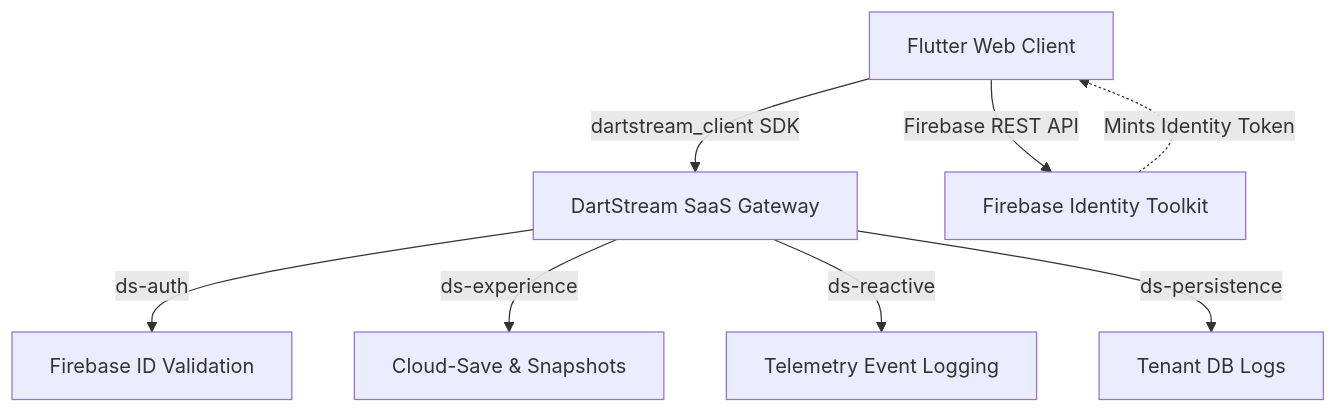
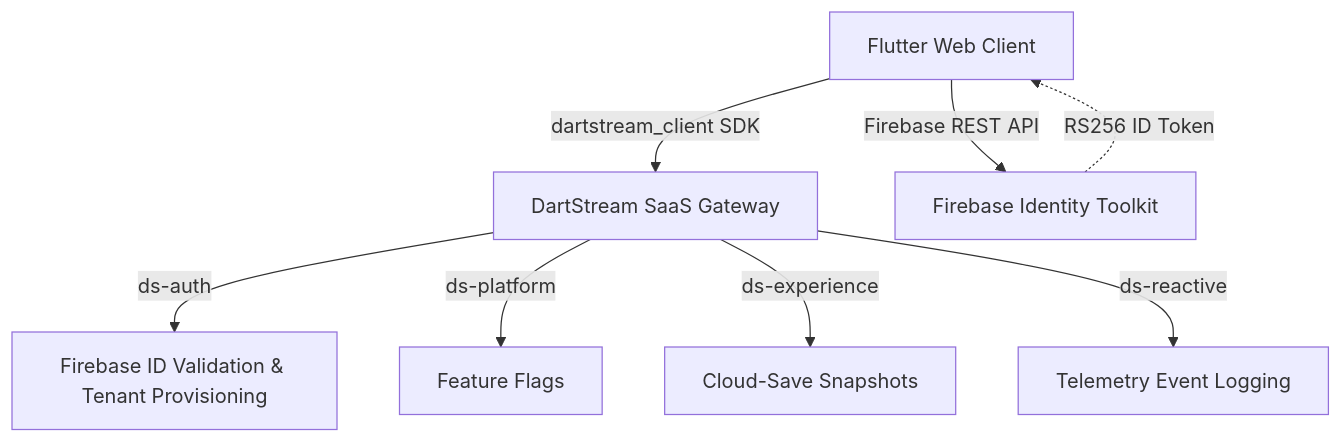
Before and after one commit to lalit-devda/zz-sleep-tracker: the first of 2 diagrams in README.md, drawn with Mermaid. The commit also changed other lines of this file and 3 other files, not shown here.

````diff
--- a/README.md
+++ b/README.md
@@ -11,10 +11,10 @@
 ```mermaid
 graph TD
     A[Flutter Web Client] -->|dartstream_client SDK| B[DartStream SaaS Gateway]
     A -->|Firebase REST API| C[Firebase Identity Toolkit]
-    B -->|ds-auth| D[Firebase ID Validation]
-    B -->|ds-experience| E[Cloud-Save & Snapshots]
-    B -->|ds-reactive| F[Telemetry Event Logging]
-    B -->|ds-persistence| G[Tenant DB Logs]
-    C -.->|Mints Identity Token| A
+    B -->|ds-auth| D[Firebase ID Validation & Tenant Provisioning]
+    B -->|ds-platform| E[Feature Flags]
+    B -->|ds-experience| F[Cloud-Save Snapshots]
+    B -->|ds-reactive| G[Telemetry Event Logging]
+    C -.->|RS256 ID Token| A
 ```
````
